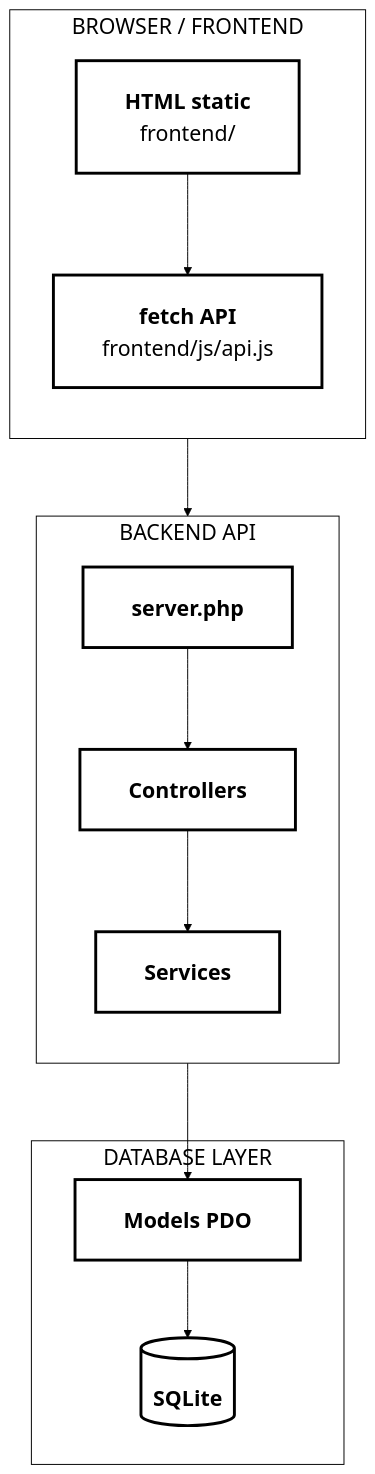
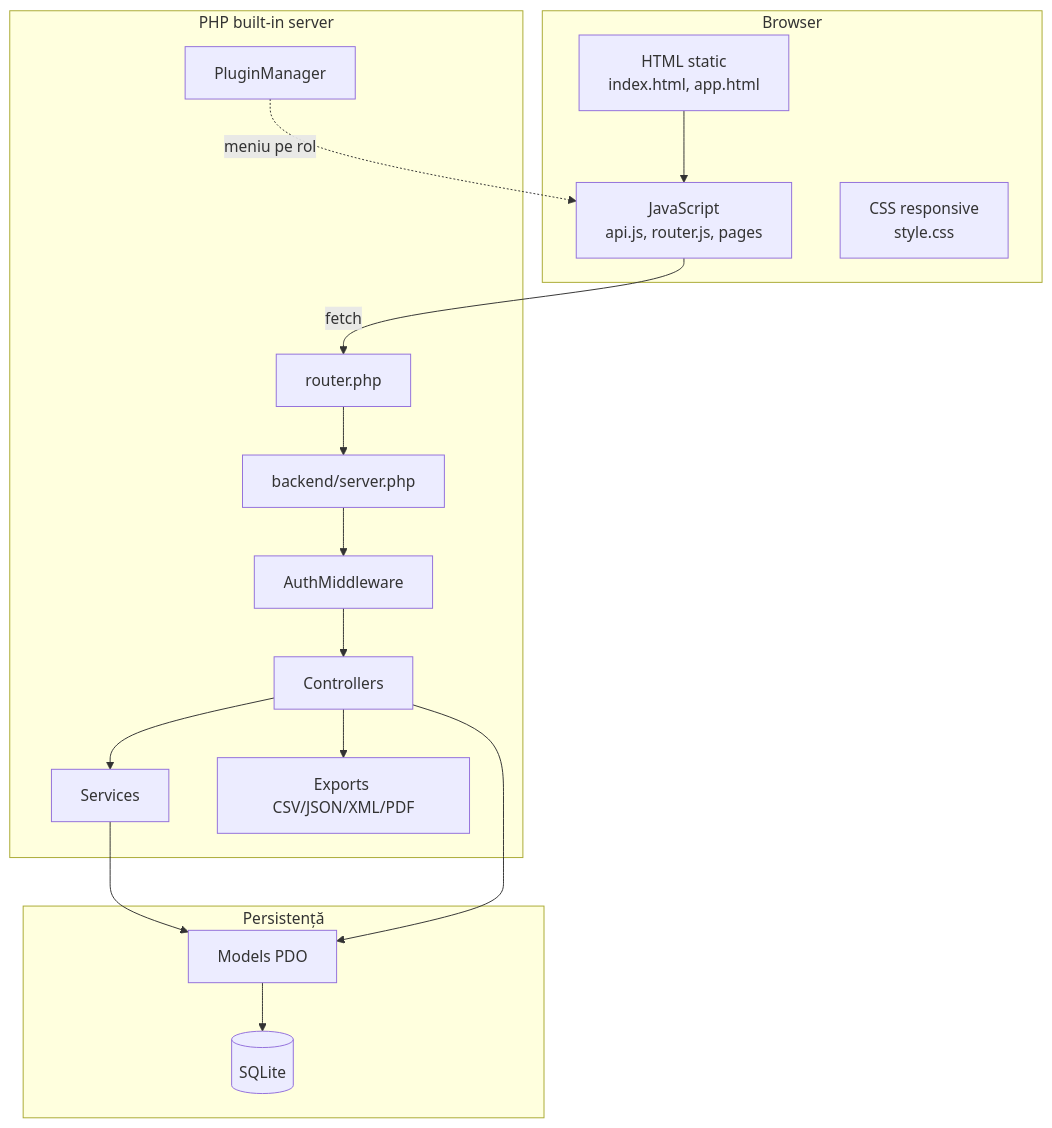
Before and after one commit to ricardofilipebondor/web-technologies-2026: the second of 12 diagrams in docs/ARCHITECTURE.md, drawn with Mermaid. The commit also changed other lines of this file and 20 other files, not shown here.

````diff
--- a/docs/ARCHITECTURE.md
+++ b/docs/ARCHITECTURE.md
@@ -30,27 +24,30 @@
 ```mermaid
-%%{init: {'theme':'base','themeVariables':{'darkMode':false,'background':'#ffffff','mainBkg':'#ffffff','primaryColor':'#ffffff','primaryTextColor':'#000000','primaryBorderColor':'#000000','lineColor':'#000000','clusterBkg':'#ffffff','clusterBorder':'#000000','fontSize':'22px','fontFamily':'Arial'},'flowchart':{'nodeSpacing':70,'rankSpacing':80,'useMaxWidth':true,'padding':25}}}%%
 flowchart TB
-    subgraph CLIENT[" BROWSER / FRONTEND "]
-        direction TB
-        HTML["<b>HTML static</b><br/>frontend/"]
-        JS["<b>fetch API</b><br/>frontend/js/api.js"]
+    subgraph CLIENT[Browser]
+        HTML[HTML static<br/>index.html, app.html]
+        JS[JavaScript<br/>api.js, router.js, pages]
+        CSS[CSS responsive<br/>style.css]
     end
 
-    subgraph BACKEND[" BACKEND API "]
-        direction TB
-        SERVER["<b>server.php</b>"]
-        CTRL["<b>Controllers</b>"]
-        SVC["<b>Services</b>"]
+    subgraph SERVER[PHP built-in server]
+        ROUTER[router.php]
+        API[backend/server.php]
+        CTRL[Controllers]
+        MW[AuthMiddleware]
+        PLG[PluginManager]
+        SVC[Services]
+        EXP[Exports CSV/JSON/XML/PDF]
     end
 
-    subgraph DATABASE[" DATABASE LAYER "]
-        MODEL["<b>Models PDO</b>"]
-        DB[("<b>SQLite</b>")]
+    subgraph DATA[Persistență]
+        MODEL[Models PDO]
+        DB[(SQLite)]
     end
 
     HTML --> JS
-    JS --> SERVER --> CTRL --> SVC --> MODEL --> DB
-
-    classDef alb fill:#ffffff,stroke:#000000,color:#000000,stroke-width:3px
-    class HTML,JS,SERVER,CTRL,SVC,MODEL,DB alb
+    JS -->|fetch| ROUTER --> API --> MW --> CTRL
+    CTRL --> SVC --> MODEL --> DB
+    CTRL --> MODEL
+    CTRL --> EXP
+    PLG -.->|meniu pe rol| JS
 ```
````
